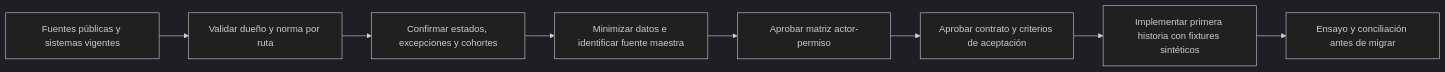
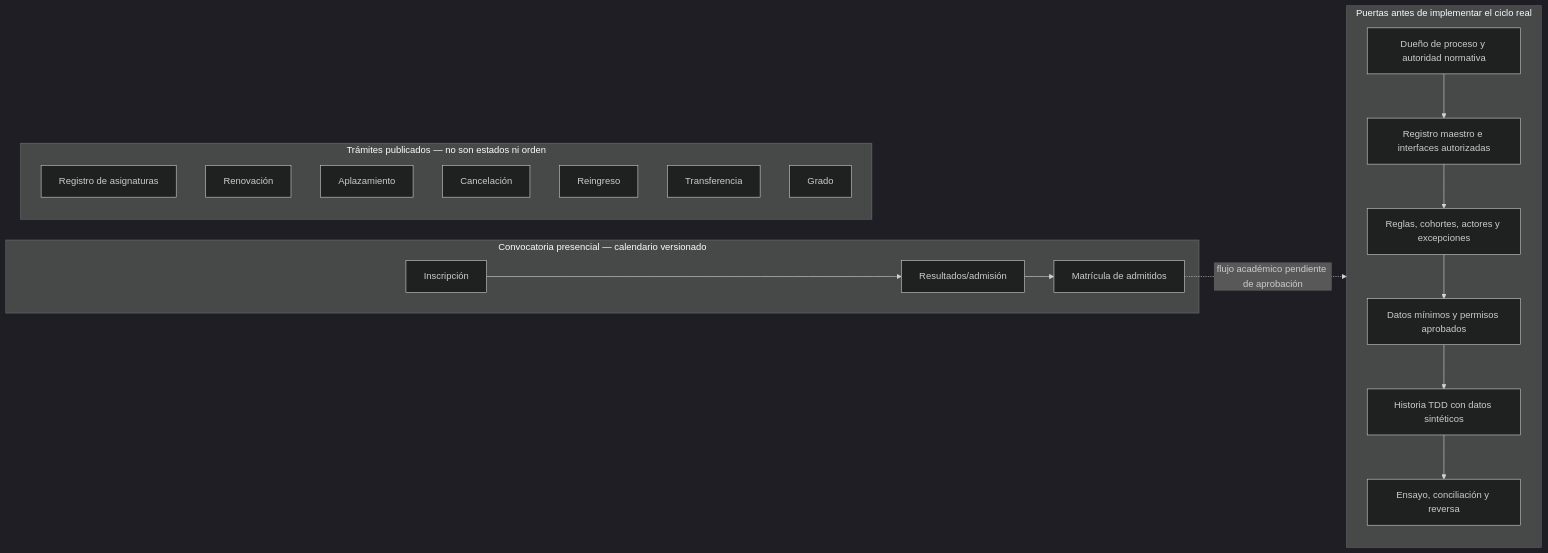
The second of 5 diagrams in docs/architecture/process-flows.md (jdsalasca/open-university-backend), drawn with Mermaid (dark theme) before and after one commit. The commit also changed other lines of this file and 2 other files, not shown here.

Commit message:
docs: scope student lifecycle to in-person undergrad

````diff
--- a/docs/architecture/process-flows.md
+++ b/docs/architecture/process-flows.md
@@ -53,10 +53,31 @@
 ```mermaid
 flowchart LR
-  Sources[Fuentes públicas y sistemas vigentes] --> Owners[Validar dueño y norma por ruta]
-  Owners --> Rules[Confirmar estados, excepciones y cohortes]
-  Rules --> Data[Minimizar datos e identificar fuente maestra]
-  Data --> Access[Aprobar matriz actor-permiso]
-  Access --> Contract[Aprobar contrato y criterios de aceptación]
-  Contract --> TDD[Implementar primera historia con fixtures sintéticos]
-  TDD --> Reconcile[Ensayo y conciliación antes de migrar]
+  subgraph Convocatoria[Convocatoria presencial — calendario versionado]
+    Apply[Inscripción]
+    Results[Resultados/admisión]
+    Enroll[Matrícula de admitidos]
+    Apply --> Results --> Enroll
+  end
+
+  Enroll -. flujo académico pendiente de aprobación .-> Discovery
+
+  subgraph Discovery[Puertas antes de implementar el ciclo real]
+    Owner[Dueño de proceso y autoridad normativa]
+    Source[Registro maestro e interfaces autorizadas]
+    Rules[Reglas, cohortes, actores y excepciones]
+    Contract[Datos mínimos y permisos aprobados]
+    Tests[Historia TDD con datos sintéticos]
+    Reconcile[Ensayo, conciliación y reversa]
+    Owner --> Source --> Rules --> Contract --> Tests --> Reconcile
+  end
+
+  subgraph StudentServices[Trámites publicados — no son estados ni orden]
+    Registration[Registro de asignaturas]
+    Renewal[Renovación]
+    Defer[Aplazamiento]
+    Cancel[Cancelación]
+    Reentry[Reingreso]
+    Transfer[Transferencia]
+    Graduation[Grado]
+  end
 ```
````
